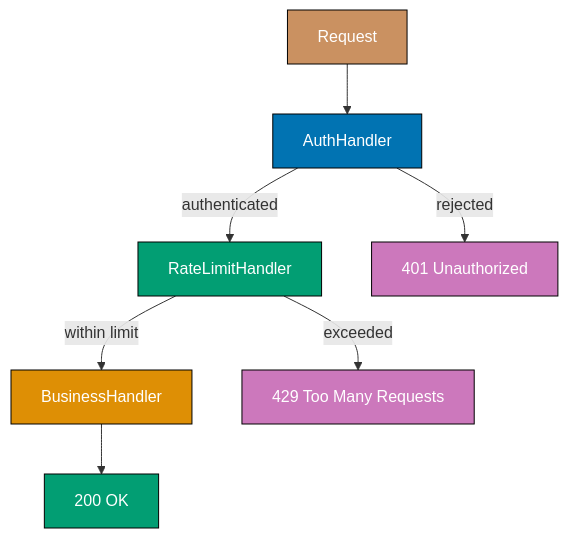
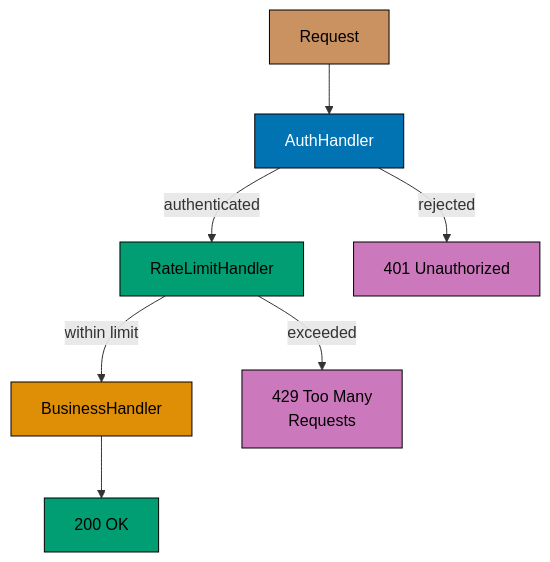
One commit to wahidyankf/ose-public changed diagram 12 of 18 in apps/ayokoding-www/content/en/learn/legacy/software-engineering/software-architecture/patterns-and-principles/in-oop-by-example/advanced.md. Above: the diagram before and after it, drawn with Mermaid. The commit also changed other lines of this file and 78 other files, not shown here.

First line of the commit message:
fix(mermaid): bring the remaining legacy software-engineering diagrams onto the accessible palette

````diff
--- a/apps/ayokoding-www/content/en/learn/legacy/software-engineering/software-architecture/patterns-and-principles/in-oop-by-example/advanced.md
+++ b/apps/ayokoding-www/content/en/learn/legacy/software-engineering/software-architecture/patterns-and-principles/in-oop-by-example/advanced.md
@@ -4872,17 +4933,25 @@
 ```mermaid
 graph TD
+    accTitle: Example 75: Chain of Responsibility
+    accDescr: Graph with 7 nodes and 6 connections. Nodes: Request, AuthHandler, RateLimitHandler, BusinessHandler, 401 Unauthorized, 429 Too Many Requests, 200 OK. Connections: Request to AuthHandler, AuthHandler to RateLimitHandler (authenticated), RateLimitHandler to BusinessHandler (within limit), AuthHandler to 401 Unauthorized (rejected), RateLimitHandler to 429 Too Many Requests (exceeded), BusinessHandler to 200 OK.
     Req["Request"] --> H1["AuthHandler"]
     H1 -->|"authenticated"| H2["RateLimitHandler"]
     H2 -->|"within limit"| H3["BusinessHandler"]
     H1 -->|"rejected"| Resp1["401 Unauthorized"]
-    H2 -->|"exceeded"| Resp2["429 Too Many Requests"]
+    H2 -->|"exceeded"| Resp2["429 Too Many<br/>Requests"]
     H3 --> Resp3["200 OK"]
 
-    style Req fill:#CA9161,stroke:#000,color:#fff
-    style H1 fill:#0173B2,stroke:#000,color:#fff
-    style H2 fill:#029E73,stroke:#000,color:#fff
-    style H3 fill:#DE8F05,stroke:#000,color:#fff
-    style Resp1 fill:#CC78BC,stroke:#000,color:#fff
-    style Resp2 fill:#CC78BC,stroke:#000,color:#fff
-    style Resp3 fill:#029E73,stroke:#000,color:#fff
+    classDef pal-CA9161 fill:#CA9161,stroke:#000000,color:#000000
+    class Req pal-CA9161
+    classDef pal-0173B2 fill:#0173B2,stroke:#000000,color:#FFFFFF
+    class H1 pal-0173B2
+    classDef pal-029E73 fill:#029E73,stroke:#000000,color:#000000
+    class H2 pal-029E73
+    classDef pal-DE8F05 fill:#DE8F05,stroke:#000000,color:#000000
+    class H3 pal-DE8F05
+    classDef pal-CC78BC fill:#CC78BC,stroke:#000000,color:#000000
+    class Resp1 pal-CC78BC
+    class Resp2 pal-CC78BC
+    class Resp3 pal-029E73
+    classDef default fill:#FFFFFF,stroke:#000000,color:#000000
 ```
````
